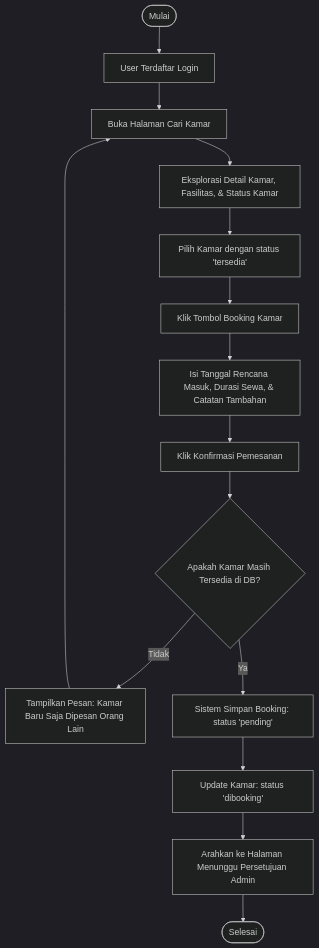
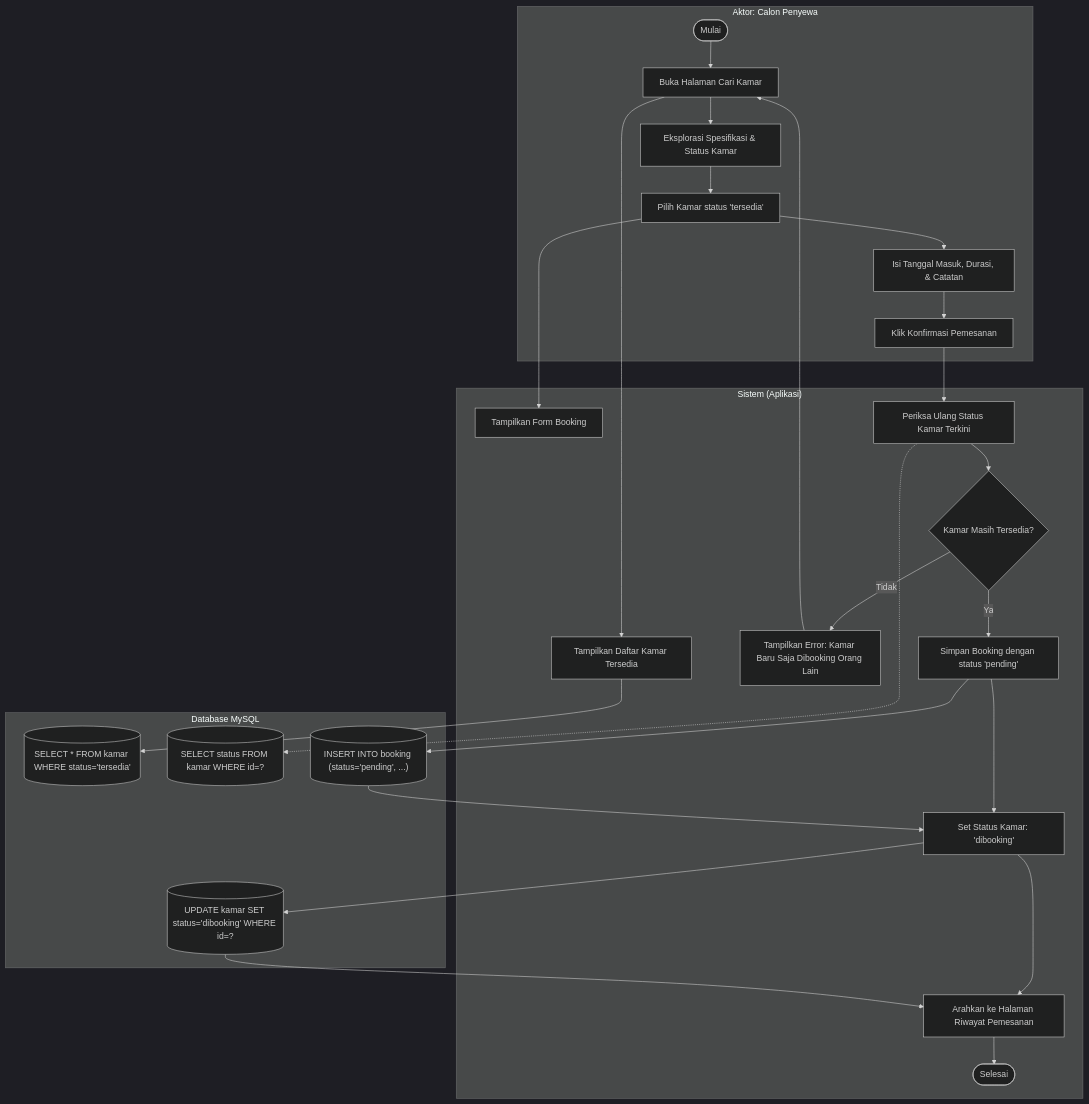
The ninth of 10 diagrams in activity_diagrams.md (Raflysaputra20/EL-MISARAH), drawn with Mermaid (dark theme) before and after one commit. The commit also changed other lines of this file and 2 other files, not shown here.

````diff
--- a/activity_diagrams.md
+++ b/activity_diagrams.md
@@ -257,18 +396,33 @@
 ```mermaid
-flowchart TD
-    Start([Mulai]) --> LoginUser[User Terdaftar Login]
-    LoginUser --> BukaDaftarKamar[Buka Halaman Cari Kamar]
-    BukaDaftarKamar --> FilterKamar[Eksplorasi Detail Kamar, Fasilitas, & Status Kamar]
-    FilterKamar --> PilihKamar[Pilih Kamar dengan status 'tersedia']
+flowchart TB
+    subgraph Aktor ["Aktor: Calon Penyewa"]
+        Start3_2([Mulai]) --> BukaKamar3_2[Buka Halaman Cari Kamar]
+        BukaKamar3_2 --> FilterKamar3_2[Eksplorasi Spesifikasi & Status Kamar]
+        FilterKamar3_2 --> PilihKamar3_2[Pilih Kamar status 'tersedia']
+        PilihKamar3_2 --> FormBooking3_2[Isi Tanggal Masuk, Durasi, & Catatan]
+        FormBooking3_2 --> KlikKonfirmasi3_2[Klik Konfirmasi Pemesanan]
+    end
     
-    PilihKamar --> KlikBooking[Klik Tombol Booking Kamar]
-    KlikBooking --> FormBooking[Isi Tanggal Rencana Masuk, Durasi Sewa, & Catatan Tambahan]
-    FormBooking --> SubmitBooking[Klik Konfirmasi Pemesanan]
+    subgraph Sistem ["Sistem (Aplikasi)"]
+        BukaKamar3_2 --> TampilkanKamar3_2[Tampilkan Daftar Kamar Tersedia]
+        PilihKamar3_2 --> TampilkanForm3_2[Tampilkan Form Booking]
+        KlikKonfirmasi3_2 --> CekStatusKamar3_2[Periksa Ulang Status Kamar Terkini]
+        CekStatusKamar3_2 --> CekTersedia3_2{Kamar Masih Tersedia?}
+        CekTersedia3_2 -- Tidak --> NotifPenuh3_2[Tampilkan Error: Kamar Baru Saja Dibooking Orang Lain] --> BukaKamar3_2
+        
+        CekTersedia3_2 -- Ya --> SimpanBooking3_2[Simpan Booking dengan status 'pending']
+        SimpanBooking3_2 --> UbahStatusKamar3_2[Set Status Kamar: 'dibooking']
+        UbahStatusKamar3_2 --> RedirectRiwayat3_2[Arahkan ke Halaman Riwayat Pemesanan]
+        RedirectRiwayat3_2 --> End3_2([Selesai])
+    end
     
-    SubmitBooking --> CekKetersediaan{Apakah Kamar Masih Tersedia di DB?}
-    CekKetersediaan -- Tidak --> NotifKamarPenuh[Tampilkan Pesan: Kamar Baru Saja Dipesan Orang Lain] --> BukaDaftarKamar
-    
-    CekKetersediaan -- Ya --> SimpanBooking[Sistem Simpan Booking: status 'pending']
-    SimpanBooking --> UpdateKamarStatus[Update Kamar: status 'dibooking']
-    UpdateKamarStatus --> ArahkanMenunggu[Arahkan ke Halaman Menunggu Persetujuan Admin] --> End([Selesai])
+    subgraph Database ["Database MySQL"]
+        TampilkanKamar3_2 --> QueryKamarTersedia3_2[("SELECT * FROM kamar WHERE status='tersedia'")]
+        CekStatusKamar3_2 -.-> QueryKamarDB3_2[("SELECT status FROM kamar WHERE id=?")]
+        SimpanBooking3_2 --> DBInsertBooking3_2[("INSERT INTO booking (status='pending', ...)")]
+        UbahStatusKamar3_2 --> DBUpdateKamar3_2[("UPDATE kamar SET status='dibooking' WHERE id=?")]
+        
+        DBInsertBooking3_2 --> UbahStatusKamar3_2
+        DBUpdateKamar3_2 --> RedirectRiwayat3_2
+    end
 ```
````
